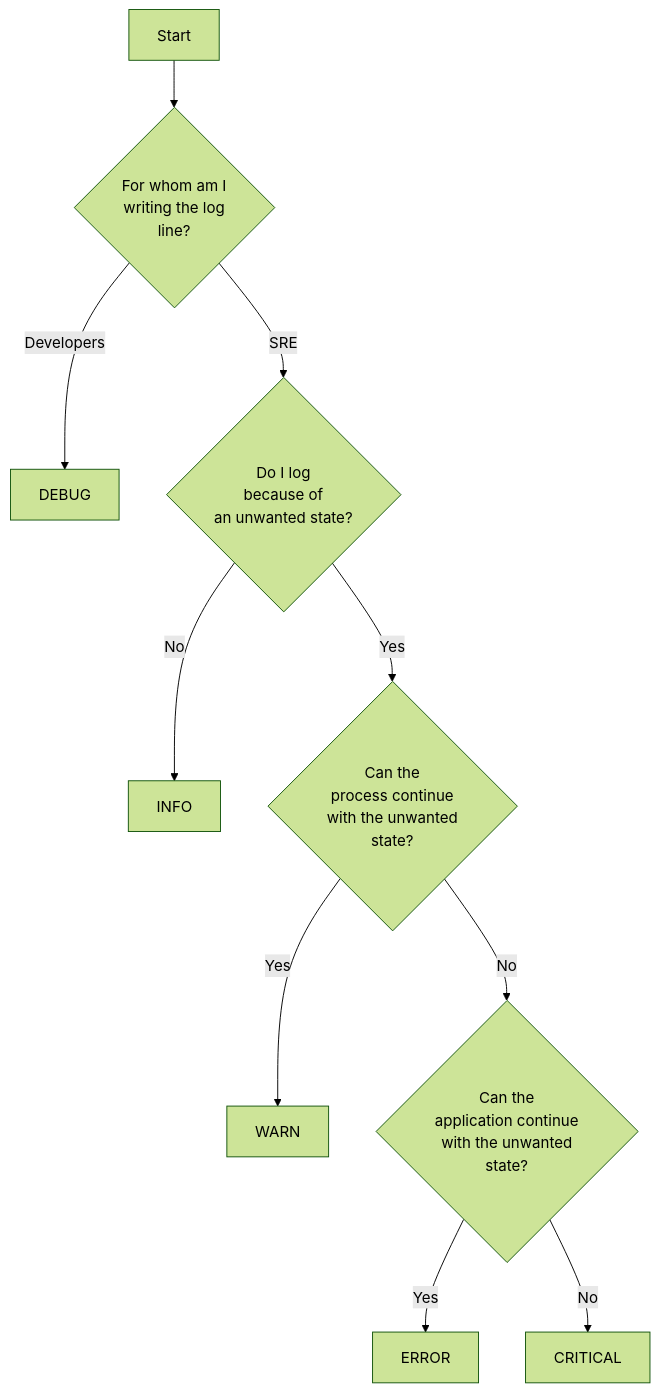
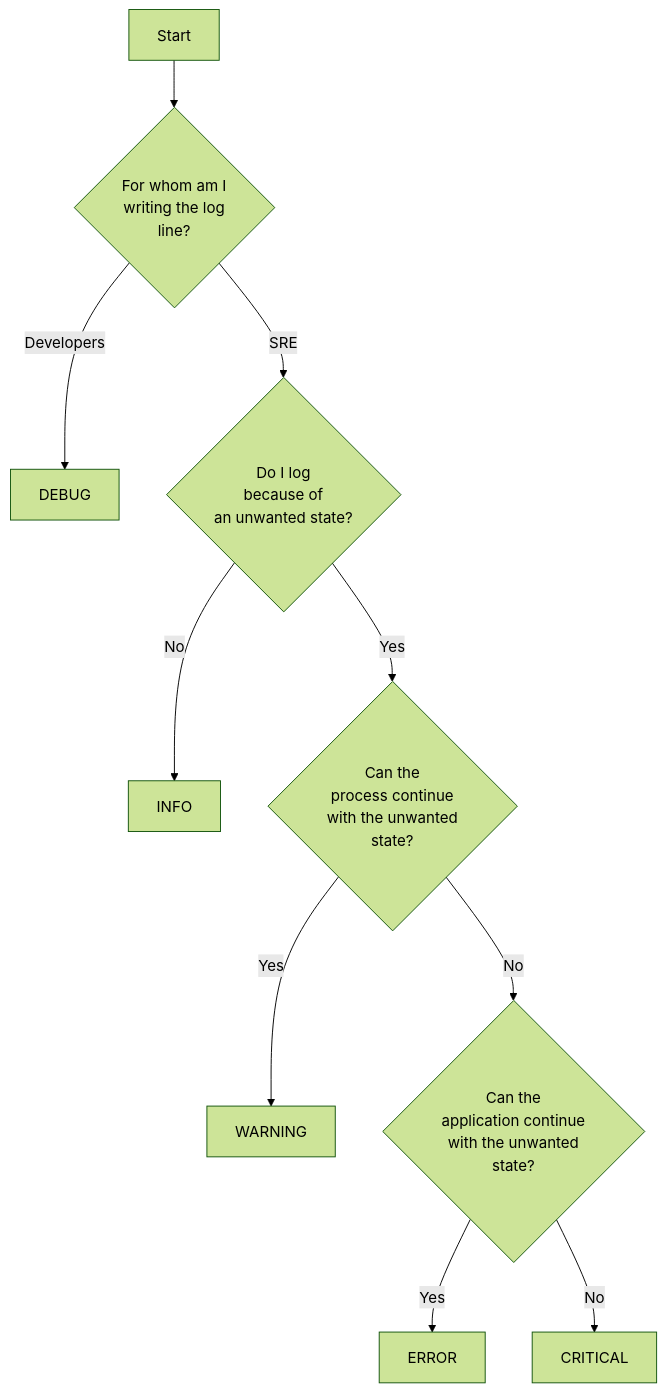
One commit to marimargaryan86/performancetesting changed the diagram in docs/engineering/docs/development/logging.md. Above: the diagram before and after it, drawn with Mermaid (forest theme). The commit also changed 28 other files, not shown here.

````diff
--- a/docs/engineering/docs/development/logging.md
+++ b/docs/engineering/docs/development/logging.md
@@ -5,22 +5,22 @@
 ```mermaid
 flowchart TD
     A[Start] --> B{"For whom am I
     writing the log
     line?"}
     B -->|Developers| C[DEBUG]
     B -->|SRE| D{"Do I log
     because of
     an unwanted state?"}
     D -->|No| E[INFO]
     D -->|Yes| F{"Can the
     process continue
     with the unwanted
     state?"}
-    F -->|Yes| G[WARN]
+    F -->|Yes| G[WARNING]
     F -->|No| H{"Can the
     application continue
     with the unwanted
     state?"}
     H -->|Yes| I[ERROR]
     H -->|No| J[CRITICAL]
 ```
````
